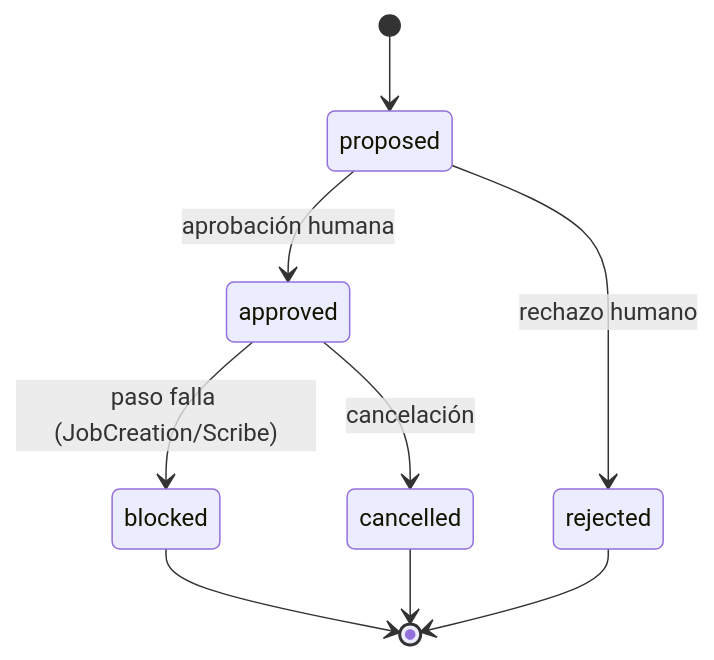
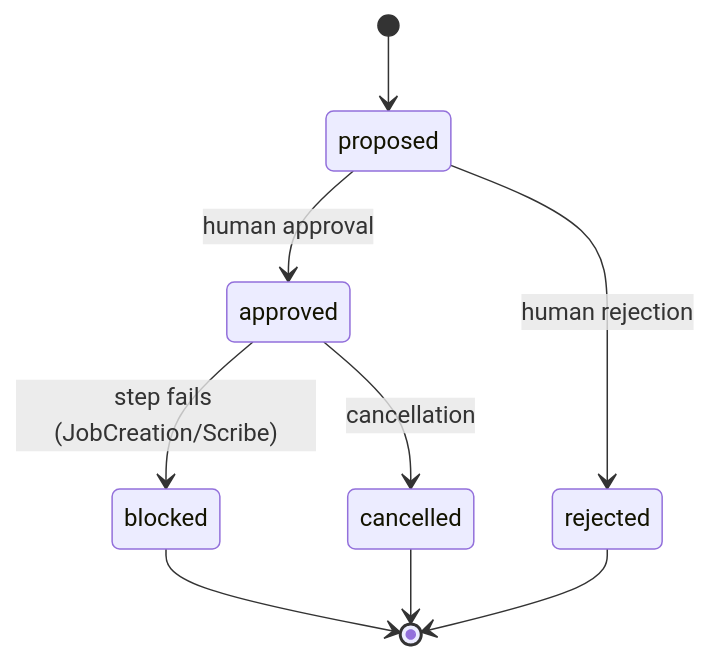
The first of 2 diagrams in docs/jobs.md (Yokosillo/atlas-forge), drawn with Mermaid before and after one commit. The commit also changed other lines of this file and 19 other files, not shown here.

````diff
--- a/docs/jobs.md
+++ b/docs/jobs.md
@@ -105,11 +105,11 @@
 ```mermaid
 stateDiagram-v2
     [*] --> proposed
-    proposed --> approved: aprobación humana
-    proposed --> rejected: rechazo humano
-    approved --> blocked: paso falla (JobCreation/Scribe)
-    approved --> cancelled: cancelación
+    proposed --> approved: human approval
+    proposed --> rejected: human rejection
+    approved --> blocked: step fails (JobCreation/Scribe)
+    approved --> cancelled: cancellation
     blocked --> [*]
     cancelled --> [*]
     rejected --> [*]
 ```
````
